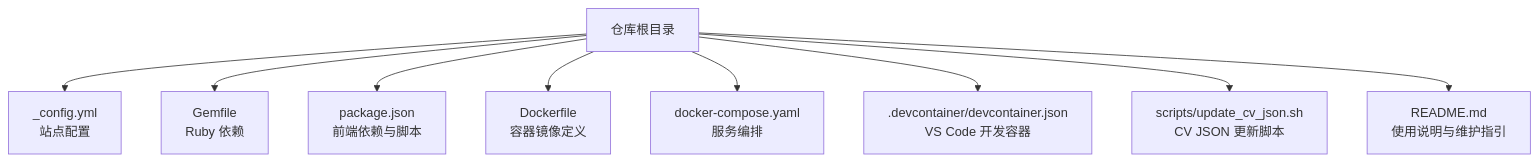
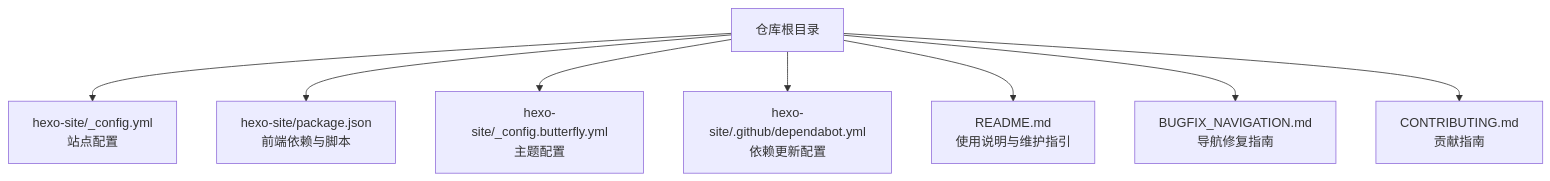
Before and after one commit to CoolPig0720/CoolPig0720.github.io: the first of 6 diagrams in .qoder/repowiki/zh/content/部署和维护/部署和维护.md, drawn with Mermaid. The commit also changed other lines of this file and 36 other files, not shown here.

````diff
--- a/.qoder/repowiki/zh/content/部署和维护/部署和维护.md
+++ b/.qoder/repowiki/zh/content/部署和维护/部署和维护.md
@@ -43,11 +49,10 @@
 ```mermaid
 graph TB
-A["仓库根目录"] --> B["_config.yml<br/>站点配置"]
-A --> C["Gemfile<br/>Ruby 依赖"]
-A --> D["package.json<br/>前端依赖与脚本"]
-A --> E["Dockerfile<br/>容器镜像定义"]
-A --> F["docker-compose.yaml<br/>服务编排"]
-A --> G[".devcontainer/devcontainer.json<br/>VS Code 开发容器"]
-A --> H["scripts/update_cv_json.sh<br/>CV JSON 更新脚本"]
-A --> I["README.md<br/>使用说明与维护指引"]
+A["仓库根目录"] --> B["hexo-site/_config.yml<br/>站点配置"]
+A --> C["hexo-site/package.json<br/>前端依赖与脚本"]
+A --> D["hexo-site/_config.butterfly.yml<br/>主题配置"]
+A --> E["hexo-site/.github/dependabot.yml<br/>依赖更新配置"]
+A --> F["README.md<br/>使用说明与维护指引"]
+A --> G["BUGFIX_NAVIGATION.md<br/>导航修复指南"]
+A --> H["CONTRIBUTING.md<br/>贡献指南"]
 ```
````
